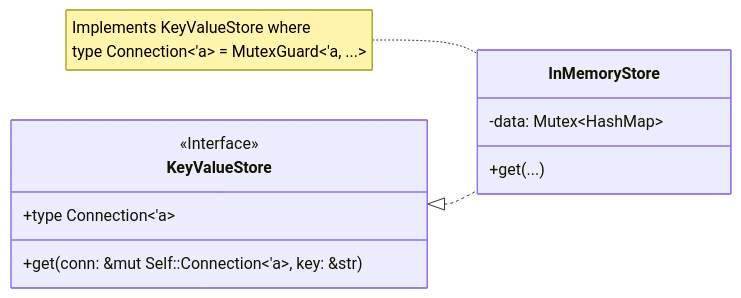
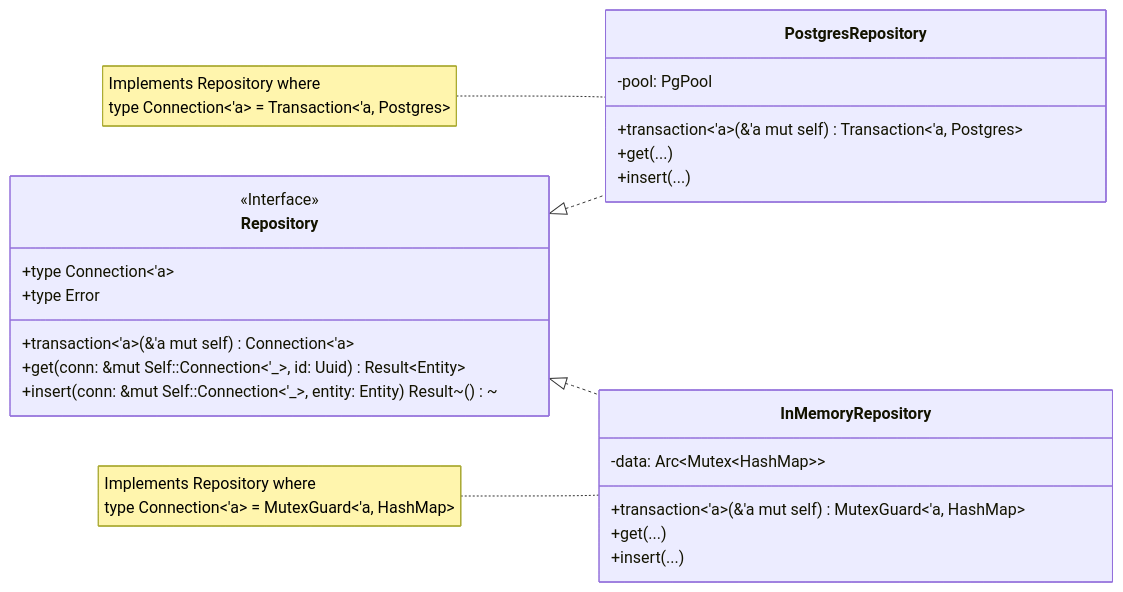
Before and after one commit to quanhua92/ai-notes: the ninth of 11 diagrams in technical_guides/rust/10-essential-rust-patterns-for-robust-code.md, drawn with Mermaid. The commit also changed other lines of this file, not shown here.

````diff
--- a/technical_guides/rust/10-essential-rust-patterns-for-robust-code.md
+++ b/technical_guides/rust/10-essential-rust-patterns-for-robust-code.md
@@ -617,19 +1781,36 @@
 ```mermaid
 classDiagram
     direction LR
-    class KeyValueStore {
+    class Repository {
         <<Interface>>
         +type Connection<'a>
-        +get(conn: &mut Self::Connection<'a>, key: &str)
+        +type Error
+        +transaction<'a>(&'a mut self) Connection<'a>
+        +get(conn: &mut Self::Connection<'_>, id: Uuid) Result~Entity~
+        +insert(conn: &mut Self::Connection<'_>, entity: Entity) Result~()~
     }
-    class InMemoryStore {
-        -data: Mutex~HashMap~
+    
+    class PostgresRepository {
+        -pool: PgPool
+        +transaction<'a>(&'a mut self) Transaction<'a, Postgres>
         +get(...)
+        +insert(...)
     }
-    note for InMemoryStore "Implements KeyValueStore where<br/>type Connection<'a> = MutexGuard<'a, ...>"
-    KeyValueStore <|.. InMemoryStore
+    
+    class InMemoryRepository {
+        -data: Arc~Mutex~HashMap~~
+        +transaction<'a>(&'a mut self) MutexGuard<'a, HashMap>
+        +get(...)
+        +insert(...)
+    }
+    
+    note for PostgresRepository "Implements Repository where<br/>type Connection<'a> = Transaction<'a, Postgres>"
+    note for InMemoryRepository "Implements Repository where<br/>type Connection<'a> = MutexGuard<'a, HashMap>"
+    
+    Repository <|.. PostgresRepository
+    Repository <|.. InMemoryRepository
 
     %% Styling
     classDef interface fill:#4a044e,stroke:#c026d3,stroke-width:2px,stroke-dasharray: 5 5,color:#fff
     classDef concrete fill:#0c4a6e,stroke:#38bdf8,color:#fff
 ```
````
